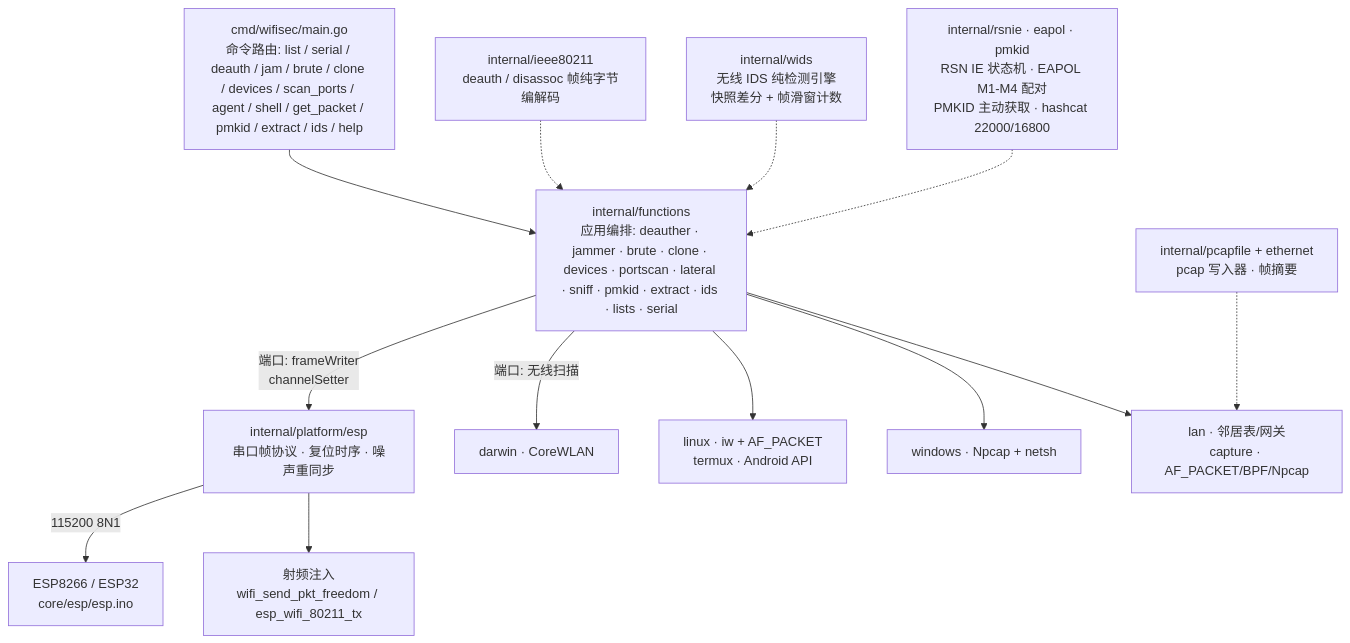
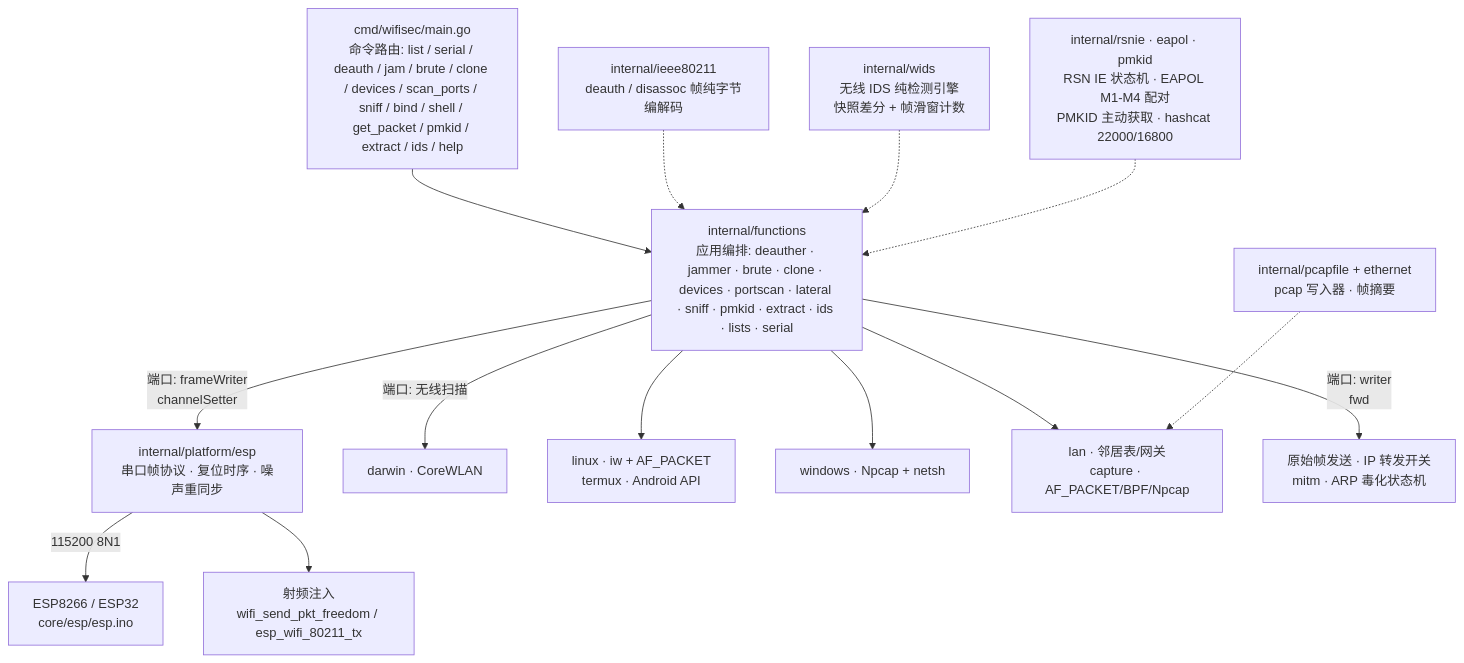
The diagram in README.md (ctkqiang/wifisec), drawn with Mermaid before and after one commit. The commit also changed other lines of this file and 23 other files, not shown here.

First line of the commit message:
feat(sniff): 实时嗅探与 ARP 欺骗 MITM，bettercap 风格流量观测

````diff
--- a/README.md
+++ b/README.md
@@ -106,15 +106,16 @@
 ```mermaid
 flowchart TB
-    CLI["cmd/wifisec/main.go<br/>命令路由: list / serial / deauth / jam / brute / clone / devices / scan_ports / agent / shell / get_packet / pmkid / extract / ids / help"] --> APP["internal/functions<br/>应用编排: deauther · jammer · brute · clone · devices · portscan · lateral · sniff · pmkid · extract · ids · lists · serial"]
+    CLI["cmd/wifisec/main.go<br/>命令路由: list / serial / deauth / jam / brute / clone / devices / scan_ports / sniff / bind / shell / get_packet / pmkid / extract / ids / help"] --> APP["internal/functions<br/>应用编排: deauther · jammer · brute · clone · devices · portscan · lateral · sniff · pmkid · extract · ids · lists · serial"]
     APP -->|"端口: frameWriter<br/>channelSetter"| ESP["internal/platform/esp<br/>串口帧协议 · 复位时序 · 噪声重同步"]
     APP -->|"端口: 无线扫描"| DAR["darwin · CoreWLAN"]
     APP --> LIN["linux · iw + AF_PACKET<br/>termux · Android API"]
     APP --> WIN["windows · Npcap + netsh"]
     APP --> LAN["lan · 邻居表/网关<br/>capture · AF_PACKET/BPF/Npcap"]
+    APP -->|"端口: writer<br/>fwd"| RAW["原始帧发送 · IP 转发开关<br/>mitm · ARP 毒化状态机"]
     ESP -->|"115200 8N1"| HW["ESP8266 / ESP32<br/>core/esp/esp.ino"]
     IEEE["internal/ieee80211<br/>deauth / disassoc 帧纯字节编解码"] -.-> APP
     PCAP["internal/pcapfile + ethernet<br/>pcap 写入器 · 帧摘要"] -.-> LAN
     WIDS["internal/wids<br/>无线 IDS 纯检测引擎<br/>快照差分 + 帧滑窗计数"] -.-> APP
     PMK["internal/rsnie · eapol · pmkid<br/>RSN IE 状态机 · EAPOL M1-M4 配对<br/>PMKID 主动获取 · hashcat 22000/16800"] -.-> APP
     ESP --> HW2["射频注入<br/>wifi_send_pkt_freedom / esp_wifi_80211_tx"]
 ```
````
